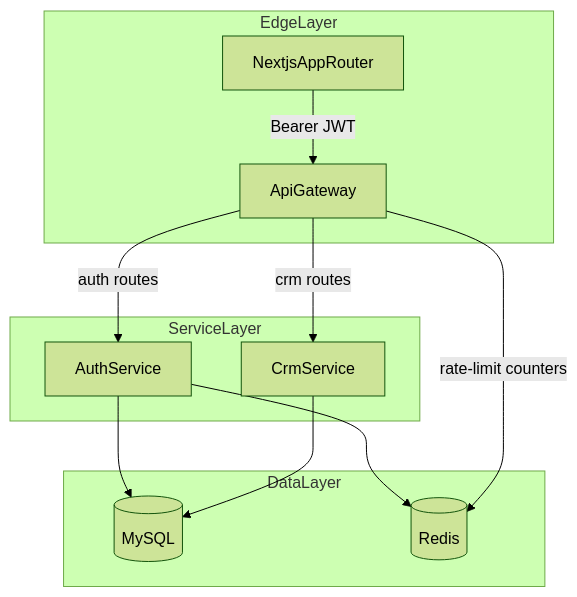
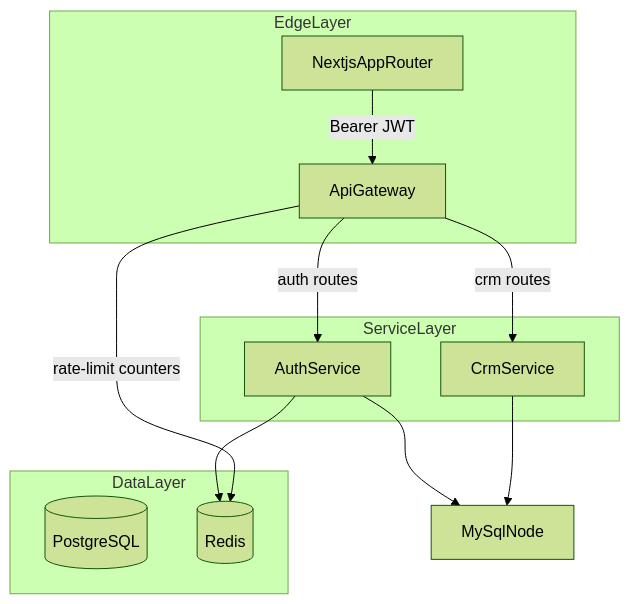
The second of 5 diagrams in docs/architecture/microservice-architecture-diagram.md (huylekha/SpringCRM), drawn with Mermaid (forest theme) before and after one commit. The commit also changed other lines of this file and 24 other files, not shown here.

````diff
--- a/docs/architecture/microservice-architecture-diagram.md
+++ b/docs/architecture/microservice-architecture-diagram.md
@@ -36,25 +36,25 @@
 ```mermaid
 flowchart TB
   subgraph edge [EdgeLayer]
     FrontendClient[NextjsAppRouter]
     GatewayNode[ApiGateway]
   end
 
   subgraph services [ServiceLayer]
     AuthNode[AuthService]
     CrmNode[CrmService]
   end
 
   subgraph data [DataLayer]
-    MySqlNode[(MySQL)]
+    PostgresNode[(PostgreSQL)]
     RedisNode[(Redis)]
   end
 
   FrontendClient -->|"Bearer JWT"| GatewayNode
   GatewayNode -->|"auth routes"| AuthNode
   GatewayNode -->|"crm routes"| CrmNode
   AuthNode --> MySqlNode
   CrmNode --> MySqlNode
   AuthNode --> RedisNode
   GatewayNode -->|"rate-limit counters"| RedisNode
 ```
````
